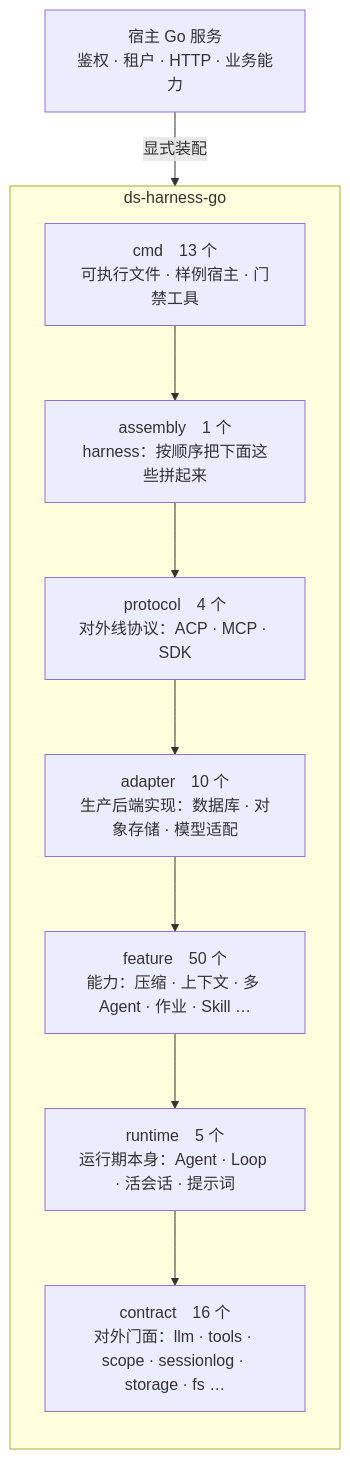
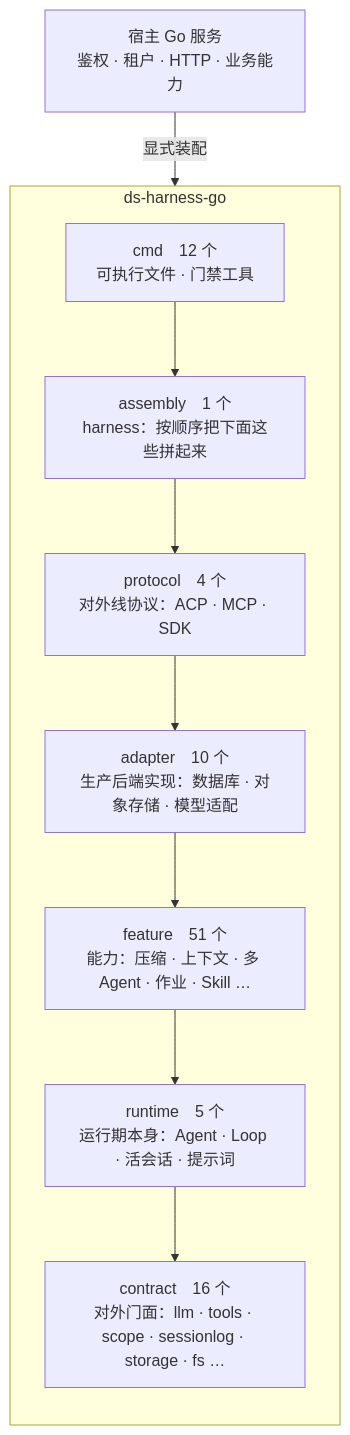
One commit to snight1983/ds-harness-go changed the first of 3 diagrams in docs/architecture.md. Above: the diagram before and after it, drawn with Mermaid. The commit also changed other lines of this file and 136 other files, not shown here.

````diff
--- a/docs/architecture.md
+++ b/docs/architecture.md
@@ -13,24 +13,24 @@
 ```mermaid
 flowchart TB
     Host["宿主 Go 服务<br/>鉴权 · 租户 · HTTP · 业务能力"]
 
     subgraph Runtime["ds-harness-go"]
         direction TB
-        Cmd["cmd　13 个<br/>可执行文件 · 样例宿主 · 门禁工具"]
+        Cmd["cmd　12 个<br/>可执行文件 · 门禁工具"]
         Assembly["assembly　1 个<br/>harness：按顺序把下面这些拼起来"]
         Protocol["protocol　4 个<br/>对外线协议：ACP · MCP · SDK"]
         Adapter["adapter　10 个<br/>生产后端实现：数据库 · 对象存储 · 模型适配"]
-        Feature["feature　50 个<br/>能力：压缩 · 上下文 · 多 Agent · 作业 · Skill …"]
+        Feature["feature　51 个<br/>能力：压缩 · 上下文 · 多 Agent · 作业 · Skill …"]
         RuntimeTier["runtime　5 个<br/>运行期本身：Agent · Loop · 活会话 · 提示词"]
         Contract["contract　16 个<br/>对外门面：llm · tools · scope · sessionlog · storage · fs …"]
 
         Cmd --> Assembly
         Assembly --> Protocol
         Protocol --> Adapter
         Adapter --> Feature
         Feature --> RuntimeTier
         RuntimeTier --> Contract
     end
 
     Host -->|显式装配| Runtime
 ```
````
